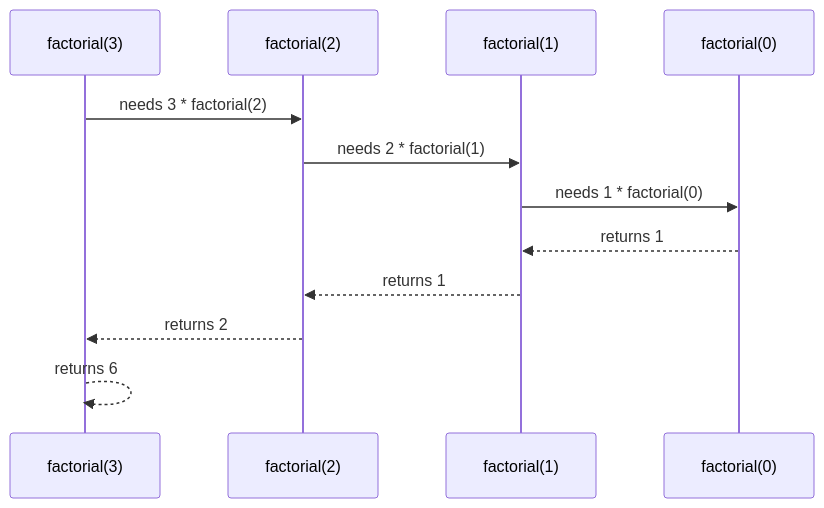
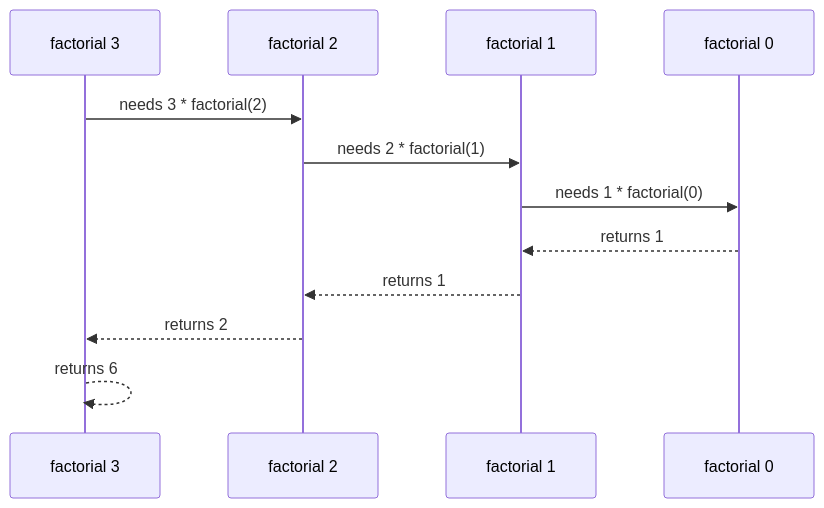
One commit to dataslope/dataslope changed the first of 2 diagrams in content/learn/mastering-dsa-cpp/recursion.mdx. Above: the diagram before and after it, drawn with Mermaid. The commit also changed other lines of this file and 95 other files, not shown here.

````diff
--- a/content/learn/mastering-dsa-cpp/recursion.mdx
+++ b/content/learn/mastering-dsa-cpp/recursion.mdx
@@ -50,14 +54,14 @@
 ```mermaid
 sequenceDiagram
-    participant F3 as factorial(3)
-    participant F2 as factorial(2)
-    participant F1 as factorial(1)
-    participant F0 as factorial(0)
+    participant F3 as factorial 3
+    participant F2 as factorial 2
+    participant F1 as factorial 1
+    participant F0 as factorial 0
     F3->>F2: needs 3 * factorial(2)
     F2->>F1: needs 2 * factorial(1)
     F1->>F0: needs 1 * factorial(0)
     F0-->>F1: returns 1
     F1-->>F2: returns 1
     F2-->>F3: returns 2
     F3-->>F3: returns 6
 ```
````
